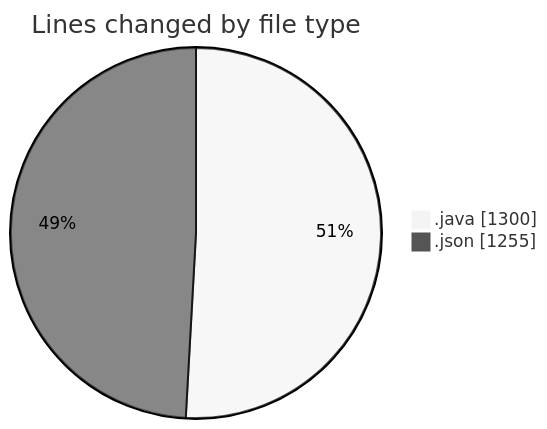
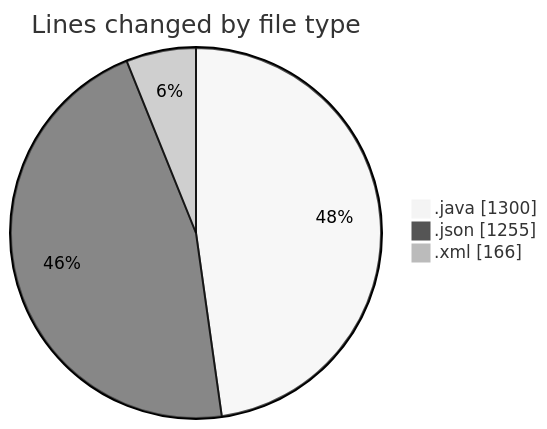
One commit to ricardozamudiocil/code-tracking changed the first of 2 diagrams in 2026-07-08/cilapp/README.md. Above: the diagram before and after it, drawn with Mermaid (neutral theme). The commit also changed other lines of this file and 1 other file, not shown here.

````diff
--- a/2026-07-08/cilapp/README.md
+++ b/2026-07-08/cilapp/README.md
@@ -23,6 +24,7 @@
 ```mermaid
 pie showData
 title Lines changed by file type
 ".java" : 1300
 ".json" : 1255
+".xml" : 166
 ```
````
